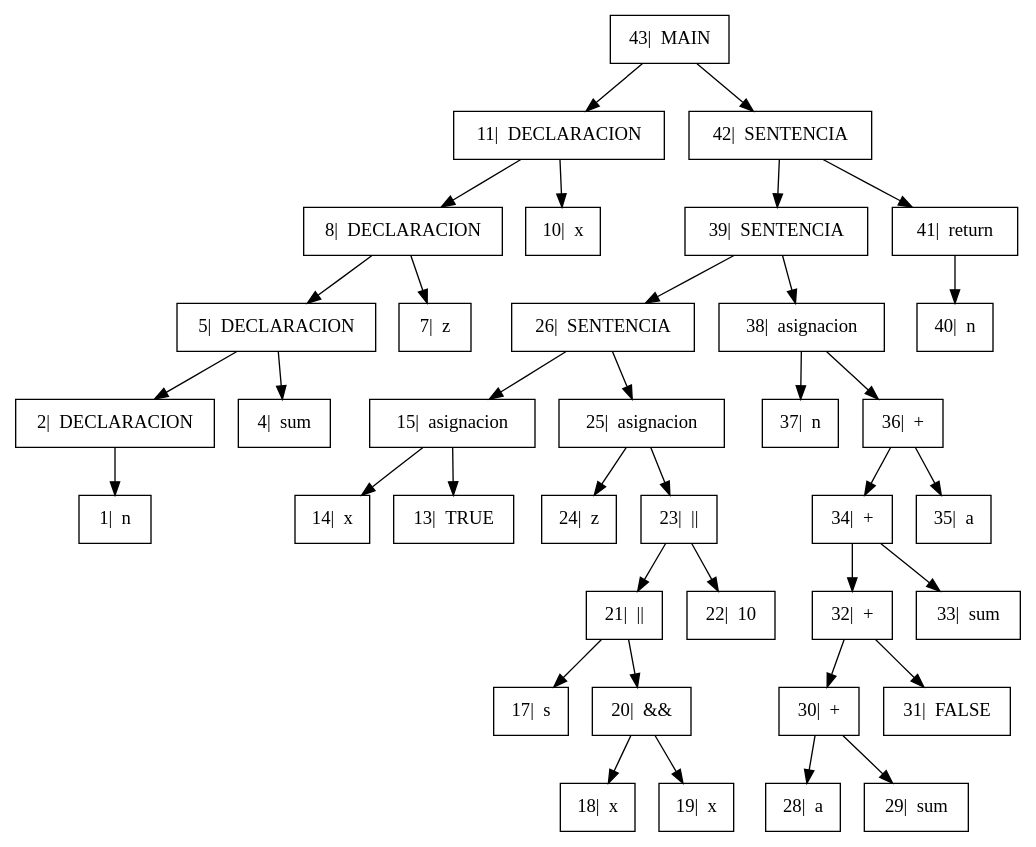
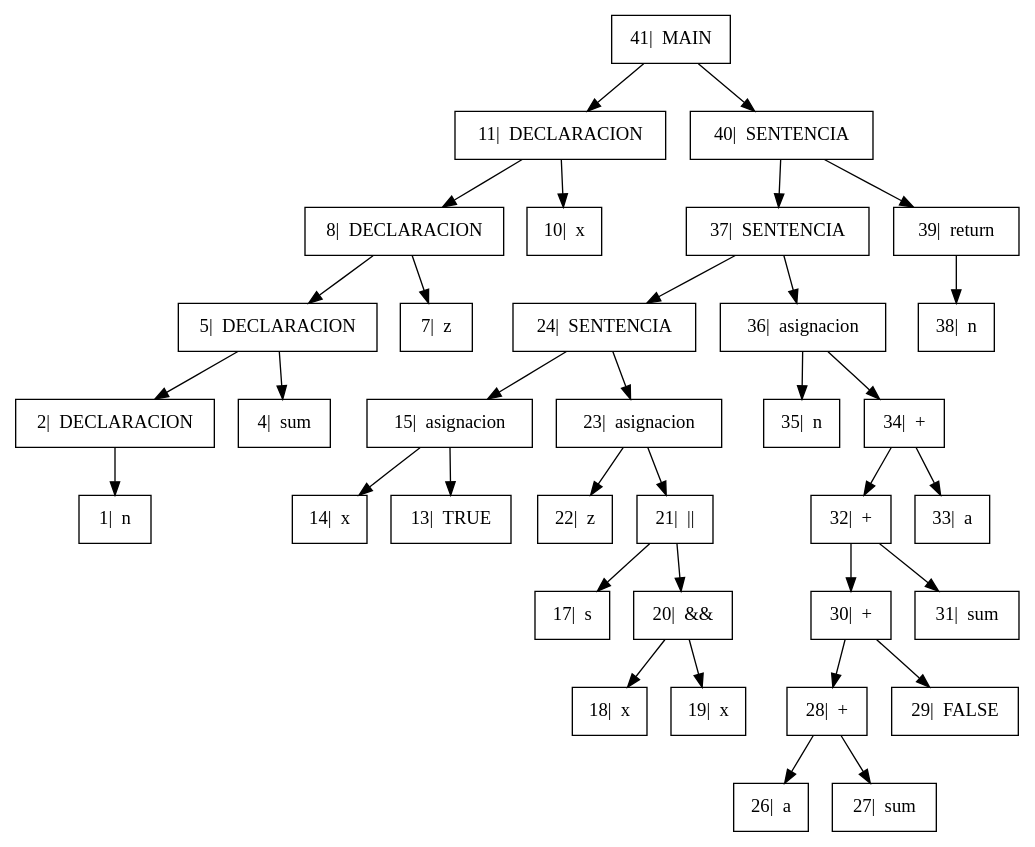
The diagram in Proyecto/Arbol.dot (GiovA07/PRE-PROYECTO-COMPILADORES), drawn with Graphviz before and after one commit. The commit also changed 6 other files, not shown here.

```diff
--- a/Proyecto/Arbol.dot
+++ b/Proyecto/Arbol.dot
@@ -1,25 +1,24 @@
 digraph{
 
 rankdir=TB;
 
 node[shape=box];
-"43|  MAIN" -> "11|  DECLARACION", "42|  SENTENCIA";
+"41|  MAIN" -> "11|  DECLARACION", "40|  SENTENCIA";
 "11|  DECLARACION" -> "8|  DECLARACION", "10|  x";
 "8|  DECLARACION" -> "5|  DECLARACION", "7|  z";
 "5|  DECLARACION" -> "2|  DECLARACION", "4|  sum";
 "2|  DECLARACION" -> "1|  n" ;
-"42|  SENTENCIA" -> "39|  SENTENCIA", "41|  return";
-"39|  SENTENCIA" -> "26|  SENTENCIA", "38|  asignacion";
-"26|  SENTENCIA" -> "15|  asignacion", "25|  asignacion";
+"40|  SENTENCIA" -> "37|  SENTENCIA", "39|  return";
+"37|  SENTENCIA" -> "24|  SENTENCIA", "36|  asignacion";
+"24|  SENTENCIA" -> "15|  asignacion", "23|  asignacion";
 "15|  asignacion" -> "14|  x", "13|  TRUE";
-"25|  asignacion" -> "24|  z", "23|  ||";
-"23|  ||" -> "21|  ||", "22|  10";
+"23|  asignacion" -> "22|  z", "21|  ||";
 "21|  ||" -> "17|  s", "20|  &&";
 "20|  &&" -> "18|  x", "19|  x";
-"38|  asignacion" -> "37|  n", "36|  +";
-"36|  +" -> "34|  +", "35|  a";
-"34|  +" -> "32|  +", "33|  sum";
-"32|  +" -> "30|  +", "31|  FALSE";
-"30|  +" -> "28|  a", "29|  sum";
-"41|  return" -> "40|  n" ;
+"36|  asignacion" -> "35|  n", "34|  +";
+"34|  +" -> "32|  +", "33|  a";
+"32|  +" -> "30|  +", "31|  sum";
+"30|  +" -> "28|  +", "29|  FALSE";
+"28|  +" -> "26|  a", "27|  sum";
+"39|  return" -> "38|  n" ;
 }
```
